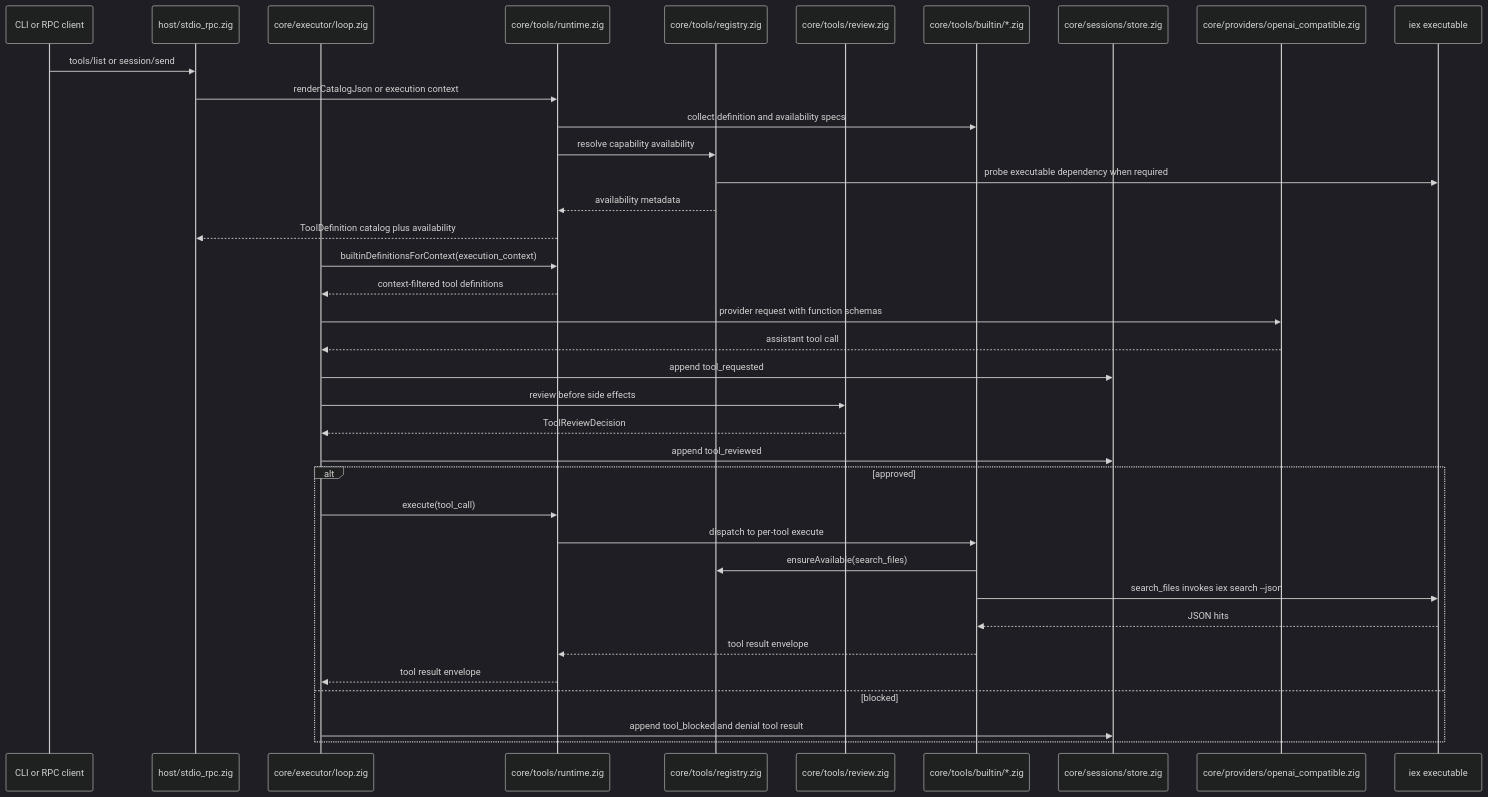
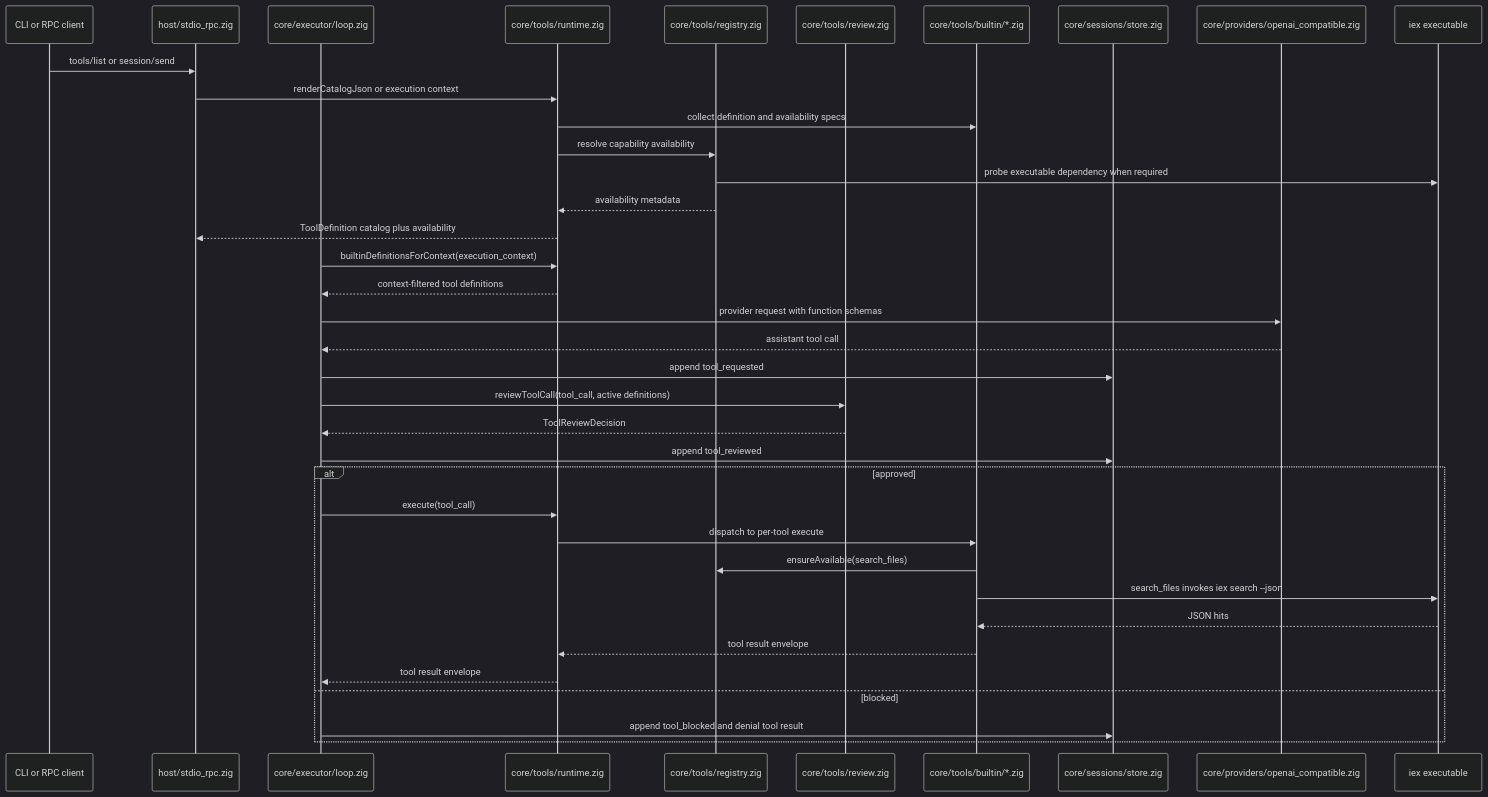
Before and after one commit to savageops/VANTARI-ONE: the fifth of 8 diagrams in apps/backend/variant-1/architecture.md, drawn with Mermaid (dark theme). The commit also changed other lines of this file and 21 other files, not shown here.

First line of the commit message:
refactor(var1): derive tool review risk from catalog metadata

````diff
--- a/apps/backend/variant-1/architecture.md
+++ b/apps/backend/variant-1/architecture.md
@@ -144,40 +144,40 @@
 ```mermaid
 sequenceDiagram
   participant C as CLI or RPC client
   participant H as host/stdio_rpc.zig
   participant L as core/executor/loop.zig
   participant T as core/tools/runtime.zig
   participant R as core/tools/registry.zig
   participant V as core/tools/review.zig
   participant M as core/tools/builtin/*.zig
   participant S as core/sessions/store.zig
   participant P as core/providers/openai_compatible.zig
   participant I as iex executable
 
   C->>H: tools/list or session/send
   H->>T: renderCatalogJson or execution context
   T->>M: collect definition and availability specs
   T->>R: resolve capability availability
   R->>I: probe executable dependency when required
   R-->>T: availability metadata
   T-->>H: ToolDefinition catalog plus availability
   L->>T: builtinDefinitionsForContext(execution_context)
   T-->>L: context-filtered tool definitions
   L->>P: provider request with function schemas
   P-->>L: assistant tool call
   L->>S: append tool_requested
-  L->>V: review before side effects
+  L->>V: reviewToolCall(tool_call, active definitions)
   V-->>L: ToolReviewDecision
   L->>S: append tool_reviewed
   alt approved
     L->>T: execute(tool_call)
     T->>M: dispatch to per-tool execute
     M->>R: ensureAvailable(search_files)
     M->>I: search_files invokes iex search --json
     I-->>M: JSON hits
     M-->>T: tool result envelope
     T-->>L: tool result envelope
   else blocked
     L->>S: append tool_blocked and denial tool result
   end
 ```
````
